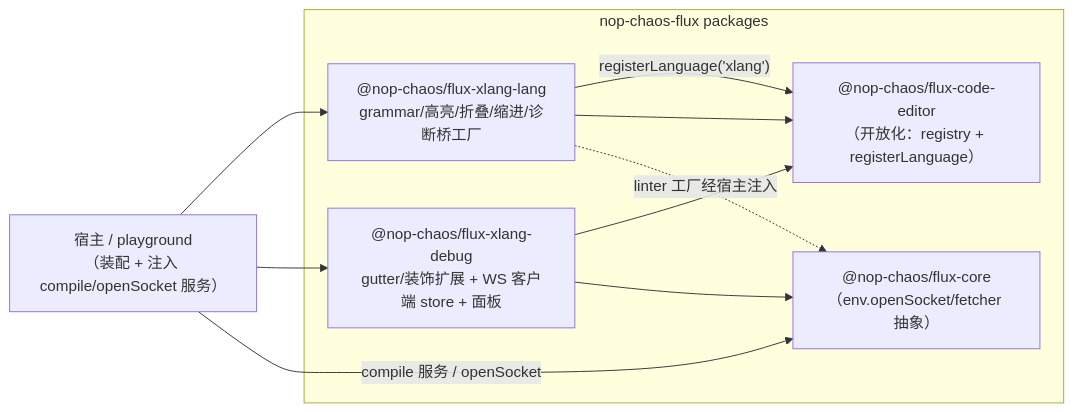
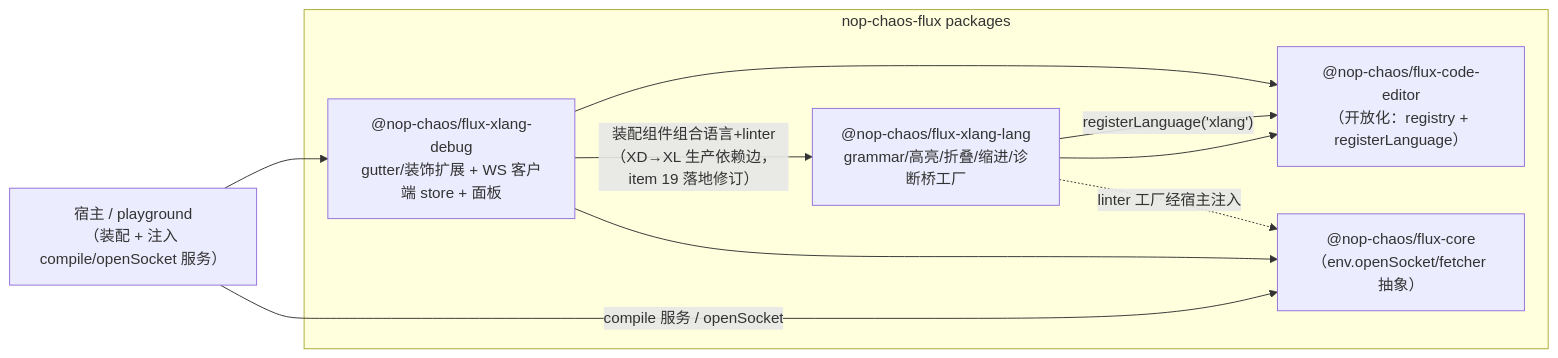
One commit to entropy-cloud/nop-entropy changed the diagram in ai-dev/design/xlang-web-debugger/05-frontend-architecture.md. Above: the diagram before and after it, drawn with Mermaid. The commit also changed other lines of this file and 2 other files, not shown here.

First line of the commit message:
docs(xdbg): item 19 装配收口翻转 done（flux plan 621 两轮审计 R2 approved）+ 端到端 demo 里程碑翻转

````diff
--- a/ai-dev/design/xlang-web-debugger/05-frontend-architecture.md
+++ b/ai-dev/design/xlang-web-debugger/05-frontend-architecture.md
@@ -29,19 +29,19 @@
 ```mermaid
 flowchart LR
     subgraph flux["nop-chaos-flux packages"]
         CE["@nop-chaos/flux-code-editor<br/>（开放化：registry + registerLanguage）"]
         XL["@nop-chaos/flux-xlang-lang<br/>grammar/高亮/折叠/缩进/诊断桥工厂"]
         XD["@nop-chaos/flux-xlang-debug<br/>gutter/装饰扩展 + WS 客户端 store + 面板"]
         FC["@nop-chaos/flux-core<br/>（env.openSocket/fetcher 抽象）"]
     end
     HOST["宿主 / playground<br/>（装配 + 注入 compile/openSocket 服务）"]
 
     XL -->|"registerLanguage('xlang')"| CE
     XL --> CE
     XD --> CE
+    XD -->|"装配组件组合语言+linter（XD→XL 生产依赖边，item 19 落地修订）"| XL
     XD --> FC
     XL -.->|"linter 工厂经宿主注入"| FC
-    HOST --> XL
     HOST --> XD
     HOST -->|"compile 服务 / openSocket"| FC
 ```
````
